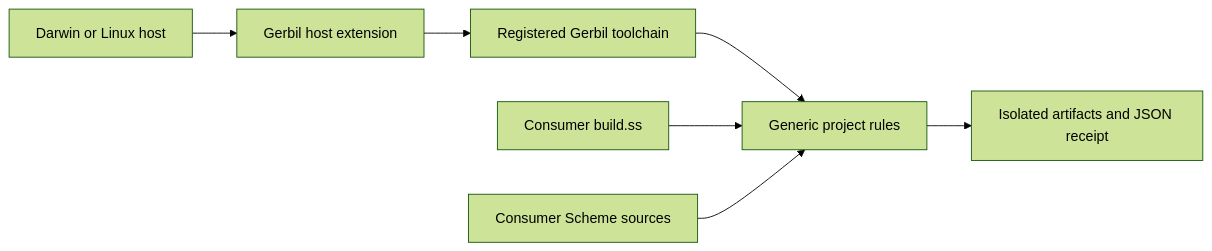
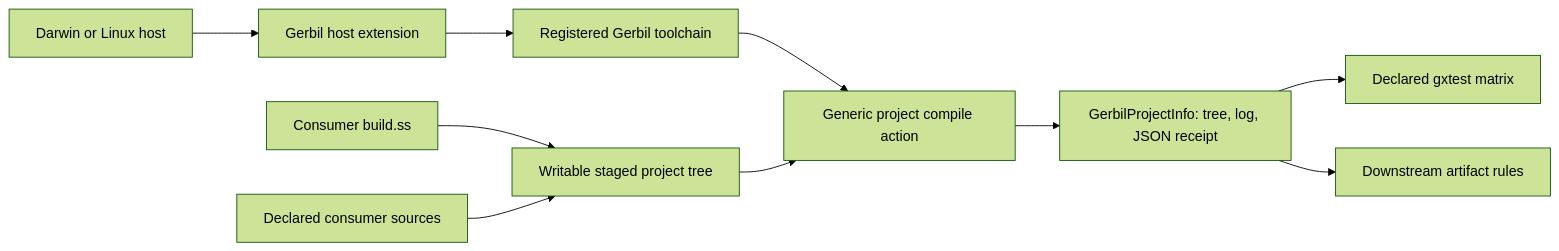
Before and after one commit to tao3k/gerbil-bazel: the diagram in docs/rfc/0001-public-api.org, drawn with Mermaid (forest theme). The commit also changed other lines of this file and 10 other files, not shown here.

Commit message:
converge Gerbil project actions on shared rules

```diff
--- a/docs/rfc/0001-public-api.org
+++ b/docs/rfc/0001-public-api.org
@@ -13,9 +13,12 @@
 #+begin_src mermaid
 flowchart LR
   Host[Darwin or Linux host] --> Discovery[Gerbil host extension]
   Discovery --> Toolchain[Registered Gerbil toolchain]
-  Toolchain --> Rules[Generic project rules]
-  BuildSS[Consumer build.ss] --> Rules
-  Sources[Consumer Scheme sources] --> Rules
-  Rules --> Artifacts[Isolated artifacts and JSON receipt]
+  BuildSS[Consumer build.ss] --> Stage[Writable staged project tree]
+  Sources[Declared consumer sources] --> Stage
+  Toolchain --> Compile[Generic project compile action]
+  Stage --> Compile
+  Compile --> Project[GerbilProjectInfo: tree, log, JSON receipt]
+  Project --> Tests[Declared gxtest matrix]
+  Project --> Consumers[Downstream artifact rules]
 #+end_src
```
